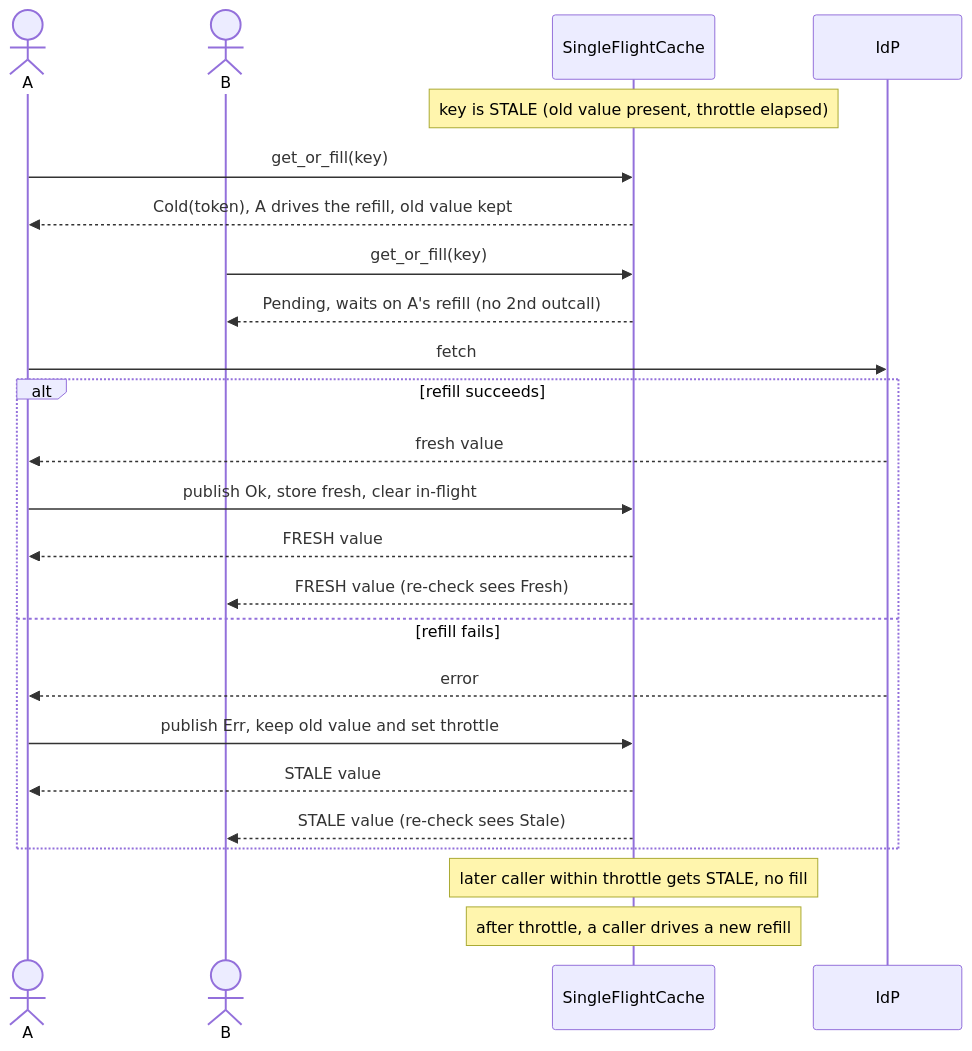
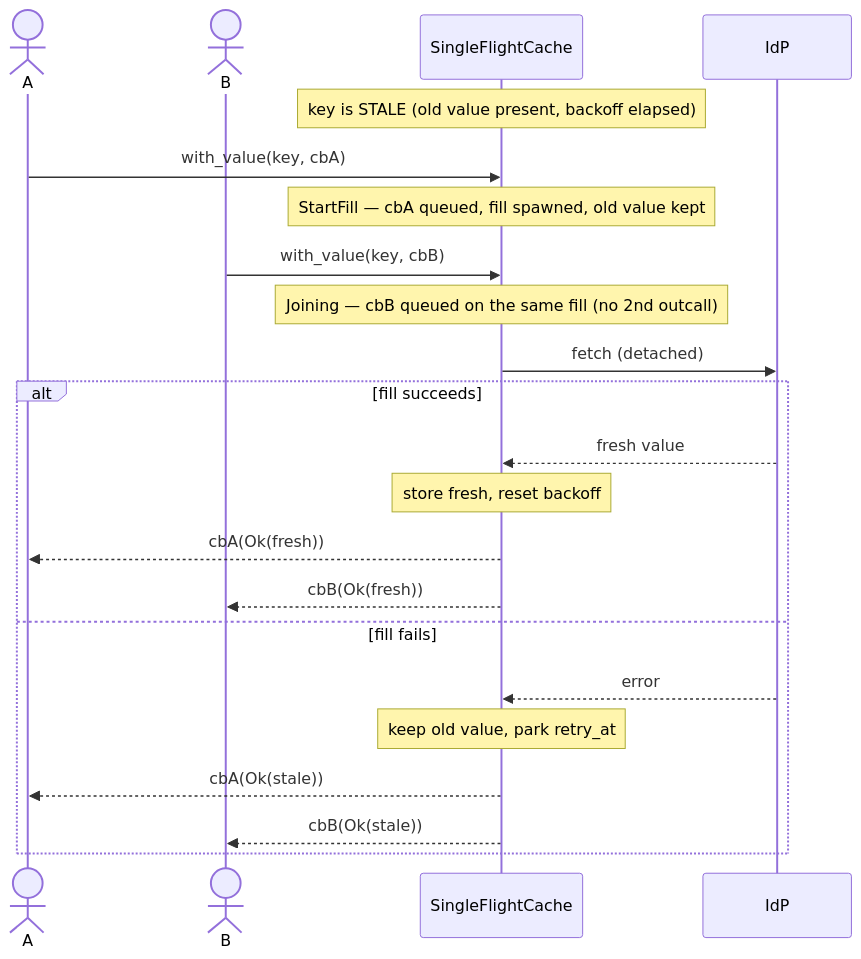
Before and after one commit to sea-snake/internet-identity: the third of 7 diagrams in docs/ongoing/openid-sso-prod-readiness.md, drawn with Mermaid. The commit also changed other lines of this file, not shown here.

First line of the commit message:
docs(be): rewrite §5.2.2 to match the callback-delivery single-flight cache

````diff
--- a/docs/ongoing/openid-sso-prod-readiness.md
+++ b/docs/ongoing/openid-sso-prod-readiness.md
@@ -383,26 +396,24 @@
 ```mermaid
 sequenceDiagram
     actor A
     actor B
     participant Cache as SingleFlightCache
     participant IdP
-    Note over Cache: key is STALE (old value present, throttle elapsed)
-    A->>Cache: get_or_fill(key)
-    Cache-->>A: Cold(token), A drives the refill, old value kept
-    B->>Cache: get_or_fill(key)
-    Cache-->>B: Pending, waits on A's refill (no 2nd outcall)
-    A->>IdP: fetch
-    alt refill succeeds
-        IdP-->>A: fresh value
-        A->>Cache: publish Ok, store fresh, clear in-flight
-        Cache-->>A: FRESH value
-        Cache-->>B: FRESH value (re-check sees Fresh)
-    else refill fails
-        IdP-->>A: error
-        A->>Cache: publish Err, keep old value and set throttle
-        Cache-->>A: STALE value
-        Cache-->>B: STALE value (re-check sees Stale)
+    Note over Cache: key is STALE (old value present, backoff elapsed)
+    A->>Cache: with_value(key, cbA)
+    Note over Cache: StartFill — cbA queued, fill spawned, old value kept
+    B->>Cache: with_value(key, cbB)
+    Note over Cache: Joining — cbB queued on the same fill (no 2nd outcall)
+    Cache->>IdP: fetch (detached)
+    alt fill succeeds
+        IdP-->>Cache: fresh value
+        Note over Cache: store fresh, reset backoff
+        Cache-->>A: cbA(Ok(fresh))
+        Cache-->>B: cbB(Ok(fresh))
+    else fill fails
+        IdP-->>Cache: error
+        Note over Cache: keep old value, park retry_at
+        Cache-->>A: cbA(Ok(stale))
+        Cache-->>B: cbB(Ok(stale))
     end
-    Note over Cache: later caller within throttle gets STALE, no fill
-    Note over Cache: after throttle, a caller drives a new refill
 ```
````
